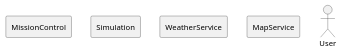
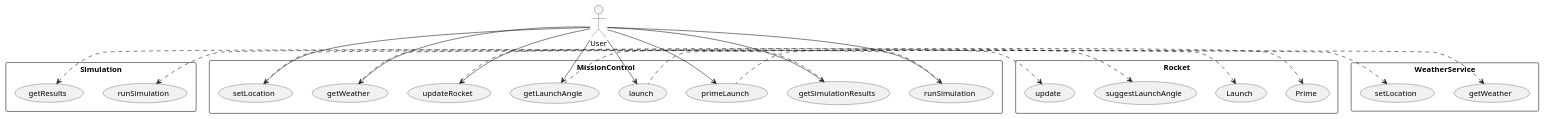
Before and after one commit to andrewellio/mission-control-: the diagram in uml_diagrams/use_case_diagram/use_case_diagram.puml, drawn with PlantUML. The commit also changed 1 other file, not shown here.

Commit message:
Update use case diagram

```diff
--- a/uml_diagrams/use_case_diagram/use_case_diagram.puml
+++ b/uml_diagrams/use_case_diagram/use_case_diagram.puml
@@ -1,26 +1,47 @@
 @startuml
 skinparam packageStyle rectangle
 
 skinparam usecase {
 	BackgroundColor<< Selected >> GreenYellow
 	BorderColor<< Selected >> Black
 }
 
 actor User
 
 rectangle MissionControl {
-
+	(runSimulation) as RS
+	(updateRocket) as UR
+	(getWeather) as GW
+	(primeLaunch) as PL
+	(launch) as L
+	(getLaunchAngle) as GLA
+	(setLocation) as SL
+	(getSimulationResults) as GSR
 }
 
+User --> RS
+User --> UR
+User --> GW
+User --> PL
+User --> L
+User --> GLA
+User --> SL
+User --> GSR
+
 rectangle Simulation {
+	(runSimulation) <. RS
+	(getResults) <. GSR
+}
 
+rectangle Rocket {
+		(Prime) <. PL
+		(Launch) <. L
+		(suggestLaunchAngle) <. GLA
+		(update) <. UR
 }
 
 rectangle WeatherService {
-
-}
-
-rectangle MapService {
-
+	(getWeather) <. GW
+	(setLocation) <. SL
 }
 @enduml
```
